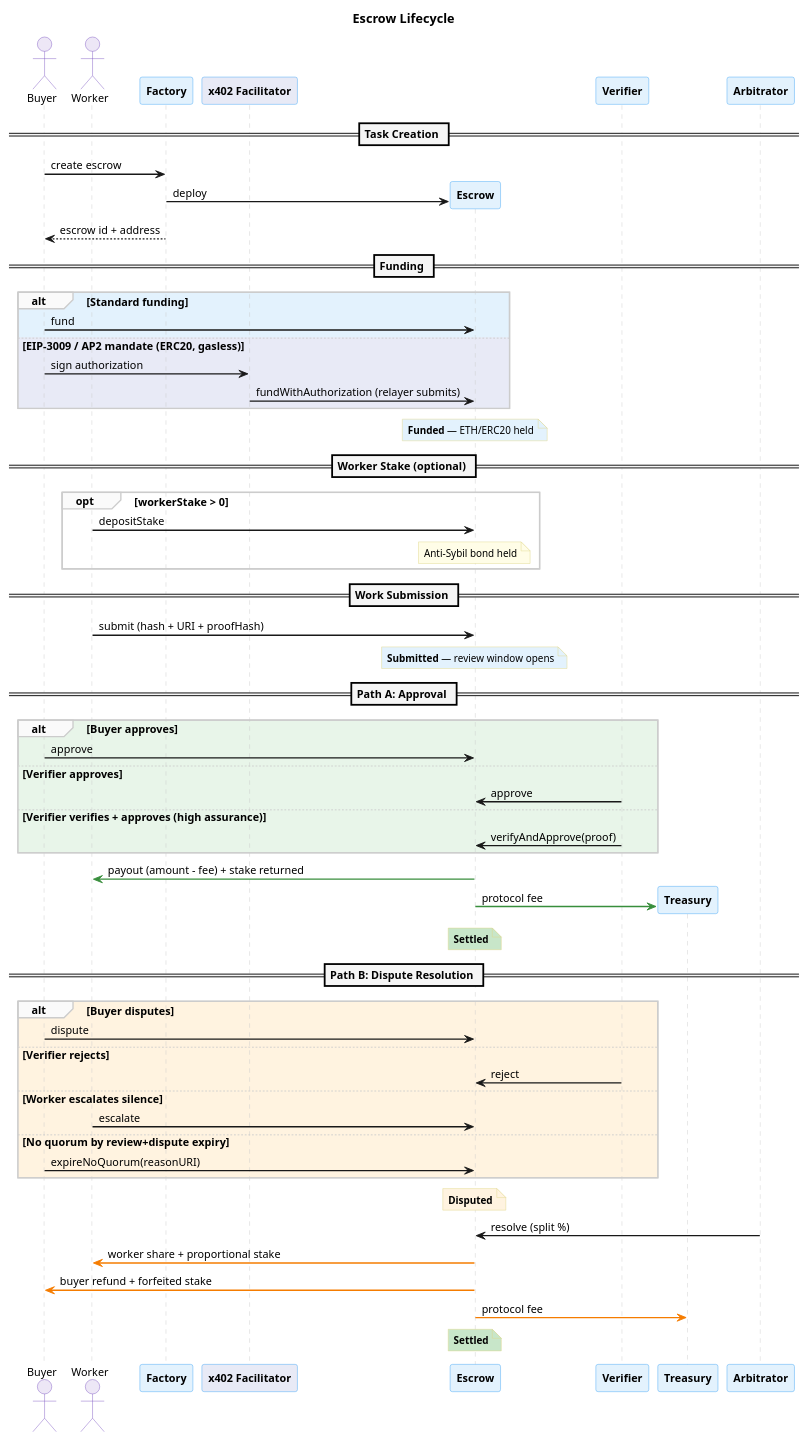
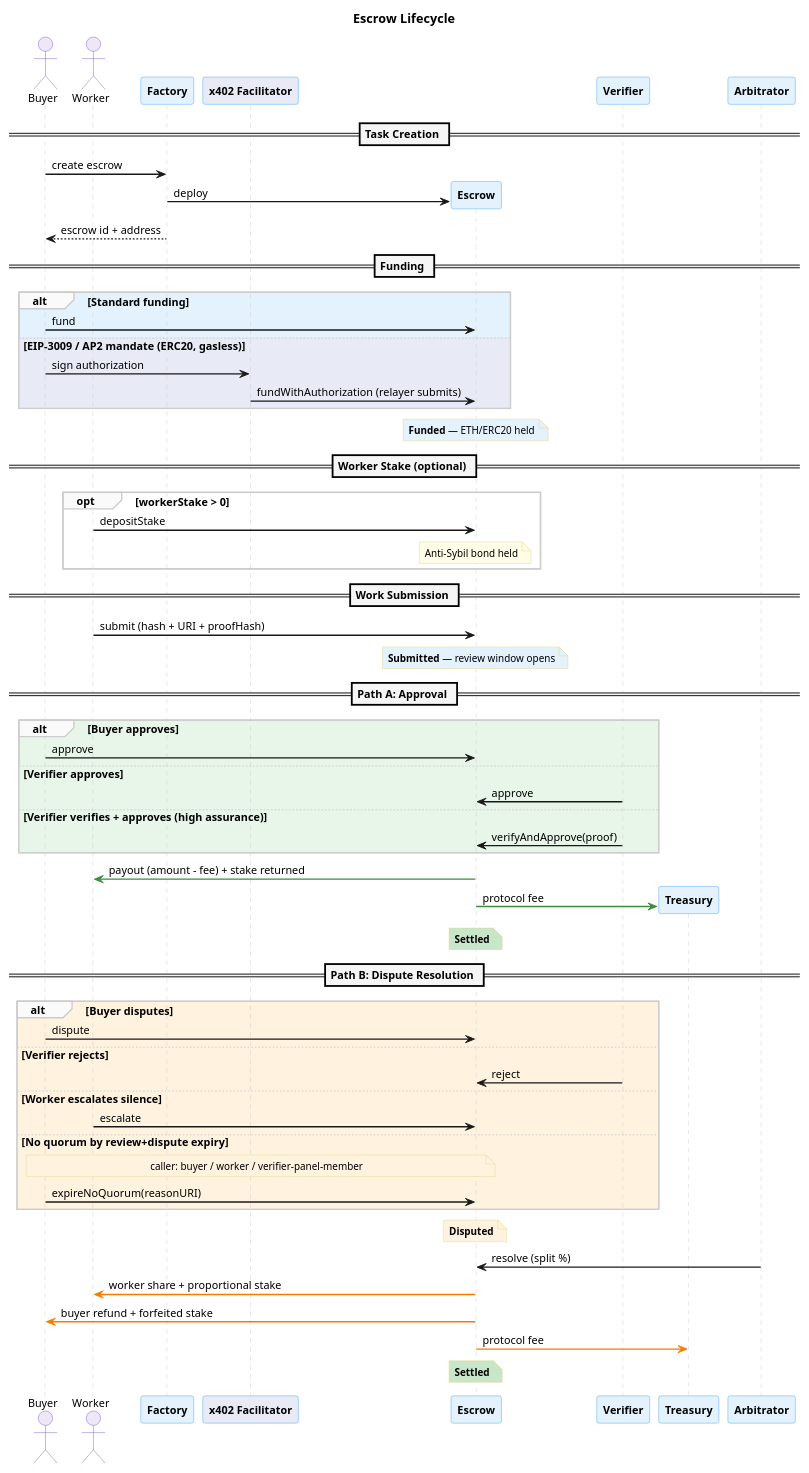
One commit to eddiefleurent/agent-escrow changed the first of 5 diagrams in docs/diagrams/lifecycle-sequence.puml. Above: the diagram before and after it, drawn with PlantUML. The commit also changed 5 other files, not shown here.

```diff
--- a/docs/diagrams/lifecycle-sequence.puml
+++ b/docs/diagrams/lifecycle-sequence.puml
@@ -1,100 +1,101 @@
 @startuml lifecycle-sequence
 skinparam backgroundColor #FFFFFF
 skinparam defaultFontName "Helvetica"
 skinparam defaultFontSize 12
 skinparam shadowing false
 skinparam sequenceArrowThickness 1.5
 skinparam sequenceLifeLineBorderColor #CCCCCC
 skinparam sequenceDividerBackgroundColor #F5F5F5
 skinparam sequenceDividerFontStyle bold
 skinparam sequenceGroupBackgroundColor #FAFAFA
 skinparam sequenceGroupBorderColor #CCCCCC
 
 skinparam participant {
   BorderColor #42A5F5
   BackgroundColor #E3F2FD
   FontStyle bold
 }
 
 skinparam actor {
   BorderColor #7E57C2
   BackgroundColor #EDE7F6
 }
 
 skinparam note {
   BackgroundColor #FFFDE7
   BorderColor #E0D68A
   FontSize 11
 }
 
 title Escrow Lifecycle
 
 actor "Buyer" as buyer
 actor "Worker" as worker
 participant "Factory" as factory
 participant "x402 Facilitator" as facilitator #E8EAF6
 
 == Task Creation ==
 
 buyer -> factory : create escrow
 factory -> "Escrow" as escrow ** : deploy
 factory --> buyer : escrow id + address
 
 == Funding ==
 
 alt #E3F2FD Standard funding
   buyer -> escrow : fund
 else #E8EAF6 EIP-3009 / AP2 mandate (ERC20, gasless)
   buyer -> facilitator : sign authorization
   facilitator -> escrow : fundWithAuthorization (relayer submits)
 end
 note over escrow #E3F2FD : **Funded** — ETH/ERC20 held
 
 == Worker Stake (optional) ==
 
 opt workerStake > 0
   worker -> escrow : depositStake
   note over escrow #FFFDE7 : Anti-Sybil bond held
 end
 
 == Work Submission ==
 
 worker -> escrow : submit (hash + URI + proofHash)
 note over escrow #E3F2FD : **Submitted** — review window opens
 
 == Path A: Approval ==
 
 alt #E8F5E9 Buyer approves
   buyer -> escrow : approve
 else #E8F5E9 Verifier approves
   "Verifier" as verifier -> escrow : approve
 else #E8F5E9 Verifier verifies + approves (high assurance)
   "Verifier" as verifier -> escrow : verifyAndApprove(proof)
 end
 
 escrow -[#388E3C]> worker : payout (amount - fee) + stake returned
 escrow -[#388E3C]> "Treasury" as treasury ** #E8F5E9 : protocol fee
 note over escrow #C8E6C9 : **Settled**
 
 == Path B: Dispute Resolution ==
 
 alt #FFF3E0 Buyer disputes
   buyer -> escrow : dispute
 else #FFF3E0 Verifier rejects
   verifier -> escrow : reject
 else #FFF3E0 Worker escalates silence
   worker -> escrow : escalate
 else #FFF3E0 No quorum by review+dispute expiry
+  note over buyer,escrow #FFF3E0 : caller: buyer / worker / verifier-panel-member
   buyer -> escrow : expireNoQuorum(reasonURI)
 end
 
 note over escrow #FFF3E0 : **Disputed**
 
 "Arbitrator" as arbitrator -> escrow : resolve (split %)
 
 escrow -[#F57C00]> worker : worker share + proportional stake
 escrow -[#F57C00]> buyer : buyer refund + forfeited stake
 escrow -[#F57C00]> treasury : protocol fee
 note over escrow #C8E6C9 : **Settled**
 
 @enduml
```
